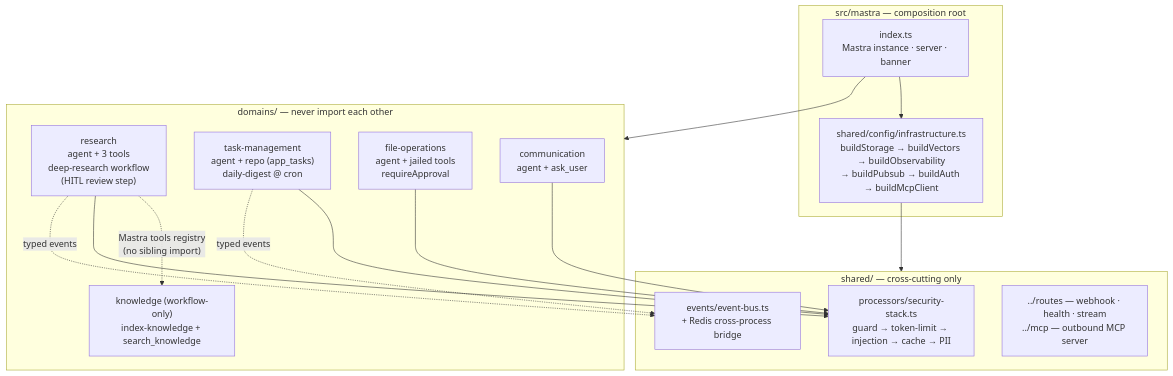
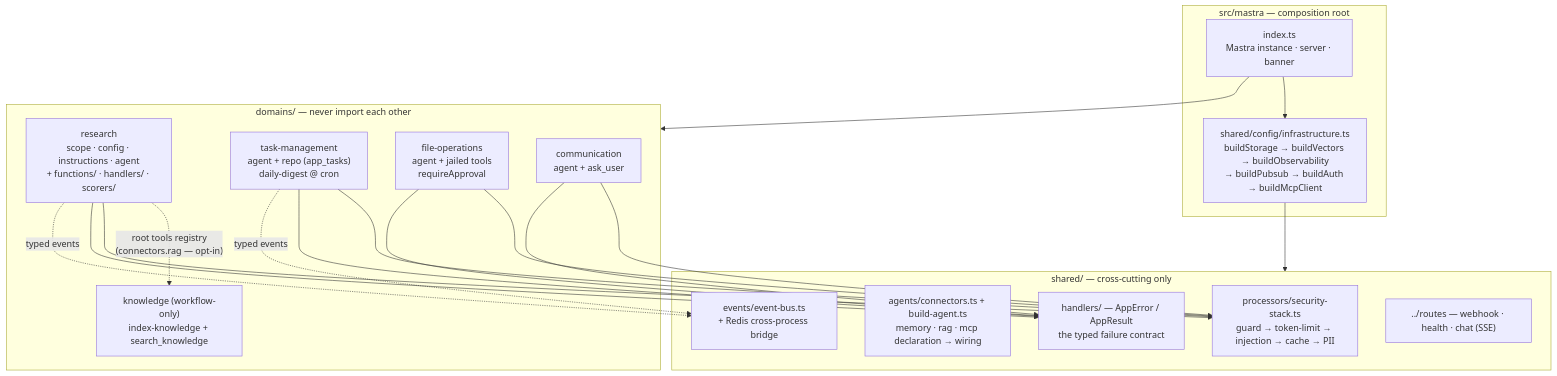
Before and after one commit to bobrobert13/mastra-agents-core-vertical-ddd-pills-included: the first of 3 diagrams in README.md, drawn with Mermaid. The commit also changed other lines of this file, not shown here.

First line of the commit message:
docs(readme): documenta chat trace, conectores y handlers

````diff
--- a/README.md
+++ b/README.md
@@ -53,28 +57,31 @@
 ```mermaid
 flowchart TD
     subgraph root ["src/mastra — composition root"]
         IDX["index.ts<br/>Mastra instance · server · banner"]
         INFRA["shared/config/infrastructure.ts<br/>buildStorage → buildVectors → buildObservability<br/>→ buildPubsub → buildAuth → buildMcpClient"]
     end
 
     subgraph domains ["domains/ — never import each other"]
-        RES["research<br/>agent + 3 tools<br/>deep-research workflow<br/>(HITL review step)"]
+        RES["research<br/>scope · config · instructions · agent<br/>+ functions/ · handlers/ · scorers/"]
         TASK["task-management<br/>agent + repo (app_tasks)<br/>daily-digest @ cron"]
         FILES["file-operations<br/>agent + jailed tools<br/>requireApproval"]
         COMMS["communication<br/>agent + ask_user"]
         KNOW["knowledge (workflow-only)<br/>index-knowledge + search_knowledge"]
     end
 
     subgraph shared ["shared/ — cross-cutting only"]
         STACK["processors/security-stack.ts<br/>guard → token-limit → injection → cache → PII"]
+        CONN["agents/connectors.ts + build-agent.ts<br/>memory · rag · mcp declaration → wiring"]
         BUS["events/event-bus.ts<br/>+ Redis cross-process bridge"]
-        ROUTES["../routes — webhook · health · stream<br/>../mcp — outbound MCP server"]
+        HAND["handlers/ — AppError / AppResult<br/>the typed failure contract"]
+        ROUTES["../routes — webhook · health · chat (SSE)"]
     end
 
     IDX --> domains
     IDX --> INFRA
     INFRA --> shared
-    RES -. "Mastra tools registry<br/>(no sibling import)" .-> KNOW
+    RES -. "root tools registry<br/>(connectors.rag — opt-in)" .-> KNOW
     RES & TASK & FILES & COMMS --> STACK
+    RES & TASK & FILES & COMMS --> HAND
     TASK & RES -. "typed events" .-> BUS
 ```
````
